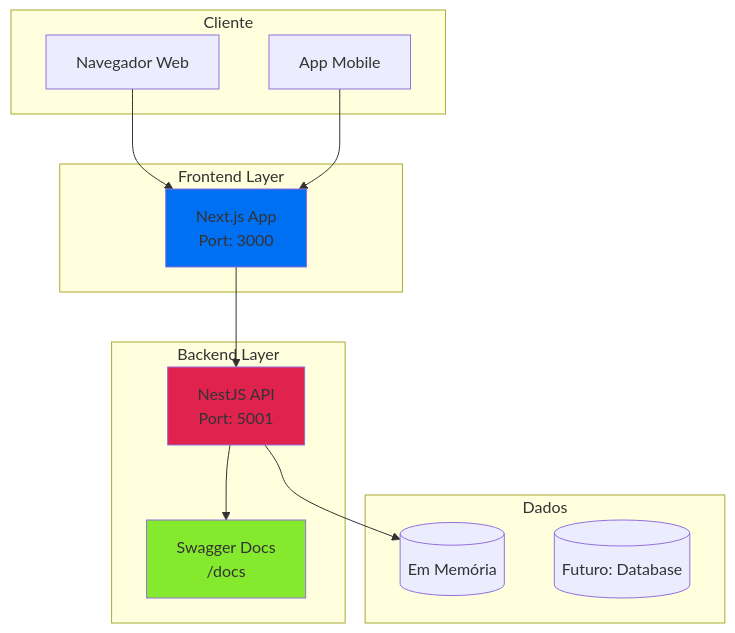
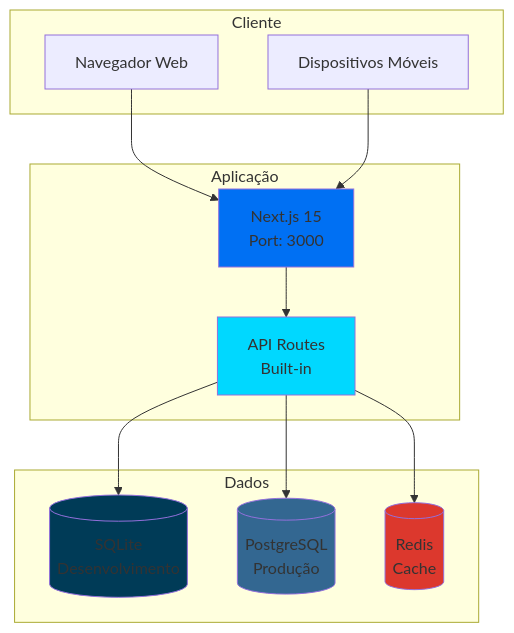
One commit to ArthurRodrigues006/Linkmeturapp changed the first of 5 diagrams in ARCHITECTURE.md. Above: the diagram before and after it, drawn with Mermaid. The commit also changed other lines of this file and 228 other files, not shown here.

````diff
--- a/ARCHITECTURE.md
+++ b/ARCHITECTURE.md
@@ -19,31 +19,31 @@
 ```mermaid
 graph TB
     subgraph "Cliente"
         Browser[Navegador Web]
-        Mobile[App Mobile]
+        Mobile[Dispositivos Móveis]
     end
     
-    subgraph "Frontend Layer"
-        NextJS[Next.js App<br/>Port: 3000]
-    end
-    
-    subgraph "Backend Layer"
-        NestAPI[NestJS API<br/>Port: 5001]
-        Swagger[Swagger Docs<br/>/docs]
+    subgraph "Aplicação"
+        NextJS[Next.js 15<br/>Port: 3000]
+        API[API Routes<br/>Built-in]
     end
     
     subgraph "Dados"
-        Memory[(Em Memória)]
-        Future[(Futuro: Database)]
+        SQLite[(SQLite<br/>Desenvolvimento)]
+        PostgreSQL[(PostgreSQL<br/>Produção)]
+        Redis[(Redis<br/>Cache)]
     end
     
     Browser --> NextJS
     Mobile --> NextJS
-    NextJS --> NestAPI
-    NestAPI --> Memory
-    NestAPI --> Swagger
+    NextJS --> API
+    API --> SQLite
+    API --> PostgreSQL
+    API --> Redis
     
     style NextJS fill:#0070f3
-    style NestAPI fill:#e0234e
-    style Swagger fill:#85ea2d
+    style API fill:#00d8ff
+    style SQLite fill:#003b57
+    style PostgreSQL fill:#336791
+    style Redis fill:#dc382d
 ```
````
